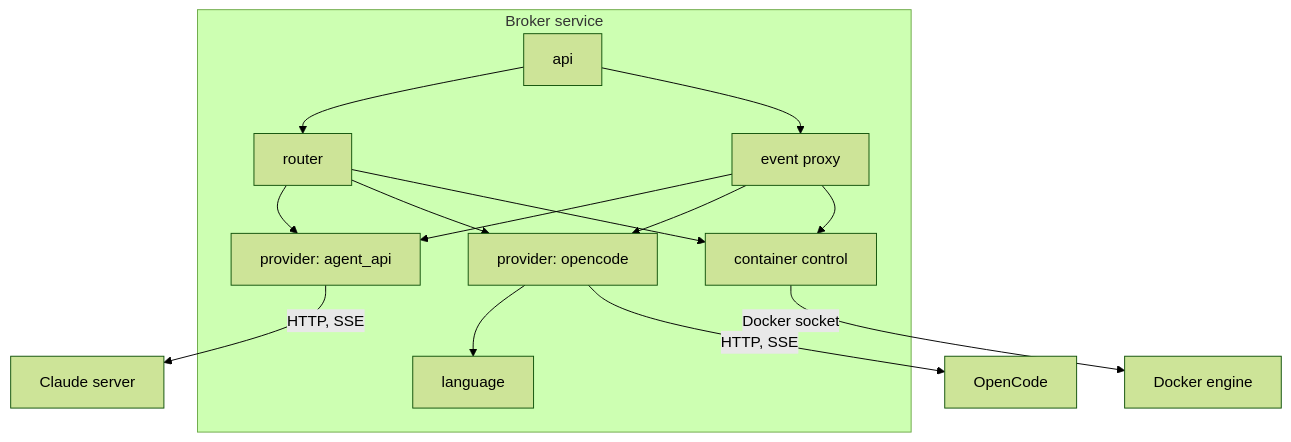
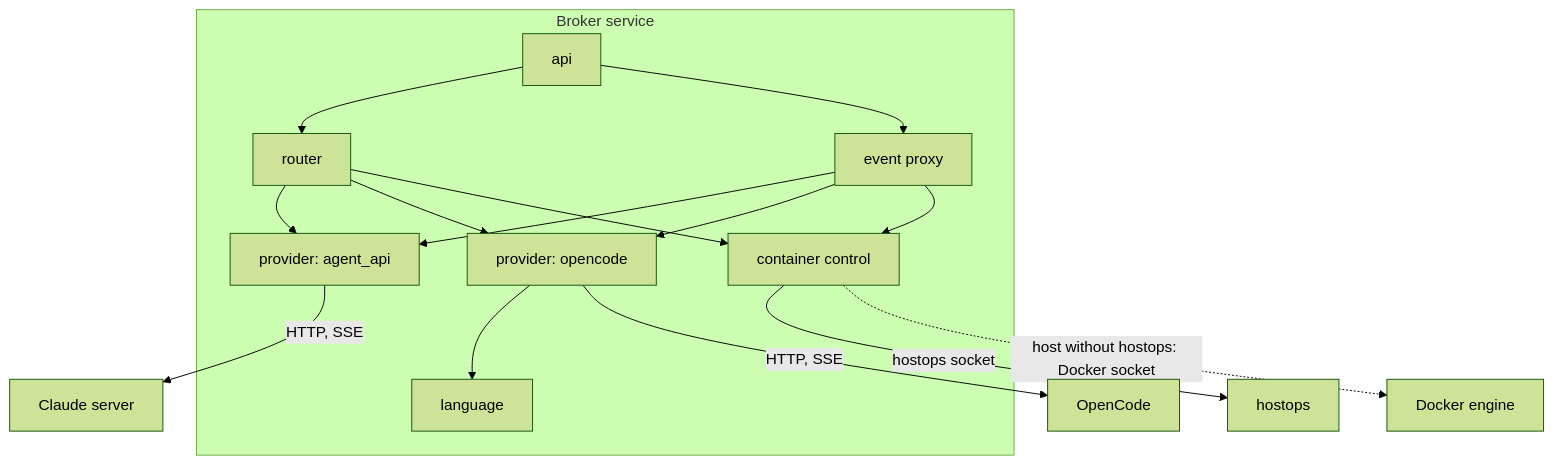
The third of 5 diagrams in sdd/DESIGN.md (npstash/gustaw_agent_broker), drawn with Mermaid (forest theme) before and after one commit. The commit also changed other lines of this file and 33 other files, not shown here.

First line of the commit message:
Secrets from vaultkeeper, containers through hostops, no Docker exec; read-only rootfs; no vault entries in the project

````diff
--- a/sdd/DESIGN.md
+++ b/sdd/DESIGN.md
@@ -69,17 +75,18 @@
 ```mermaid
 flowchart TD
     subgraph B[Broker service]
         API[api] --> R[router]
         API --> E[event proxy]
         R --> P1[provider: agent_api]
         R --> P2[provider: opencode]
         R --> CC[container control]
         E --> P1
         E --> P2
         E --> CC
         P2 --> LG[language]
     end
     P1 -->|HTTP, SSE| A1[Claude server]
     P2 -->|HTTP, SSE| A2[OpenCode]
-    CC -->|Docker socket| D[Docker engine]
+    CC -->|hostops socket| H[hostops]
+    CC -.->|host without hostops: Docker socket| D[Docker engine]
 ```
````
